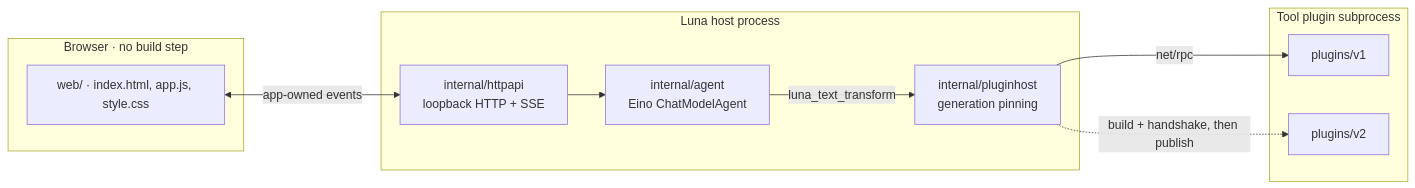
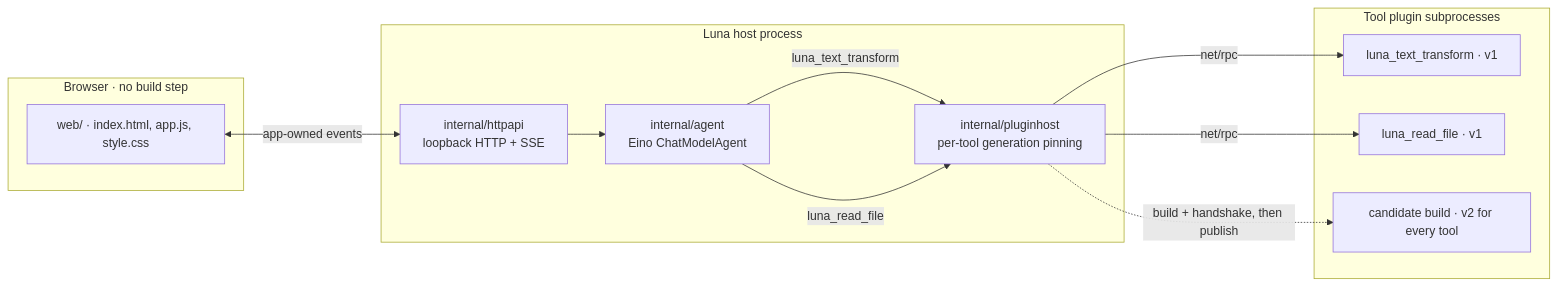
The diagram in README.md (Qaraku/luna-agent), drawn with Mermaid before and after one commit. The commit also changed other lines of this file and 2 other files, not shown here.

Commit message:
docs: describe both tool plugins

````diff
--- a/README.md
+++ b/README.md
@@ -13,23 +13,26 @@
 ```mermaid
 flowchart LR
     subgraph Browser["Browser · no build step"]
         UI["web/ · index.html, app.js, style.css"]
     end
 
     subgraph Host["Luna host process"]
         API["internal/httpapi<br/>loopback HTTP + SSE"]
         Agent["internal/agent<br/>Eino ChatModelAgent"]
-        PH["internal/pluginhost<br/>generation pinning"]
+        PH["internal/pluginhost<br/>per-tool generation pinning"]
     end
 
-    subgraph Plugins["Tool plugin subprocess"]
-        V1["plugins/v1"]
-        V2["plugins/v2"]
+    subgraph Plugins["Tool plugin subprocesses"]
+        T1["luna_text_transform · v1"]
+        R1["luna_read_file · v1"]
+        C["candidate build · v2 for every tool"]
     end
 
     UI <-->|"app-owned events"| API
     API --> Agent
     Agent -->|"luna_text_transform"| PH
-    PH -->|"net/rpc"| V1
-    PH -.->|"build + handshake, then publish"| V2
+    Agent -->|"luna_read_file"| PH
+    PH -->|"net/rpc"| T1
+    PH -->|"net/rpc"| R1
+    PH -.->|"build + handshake, then publish"| C
 ```
````
